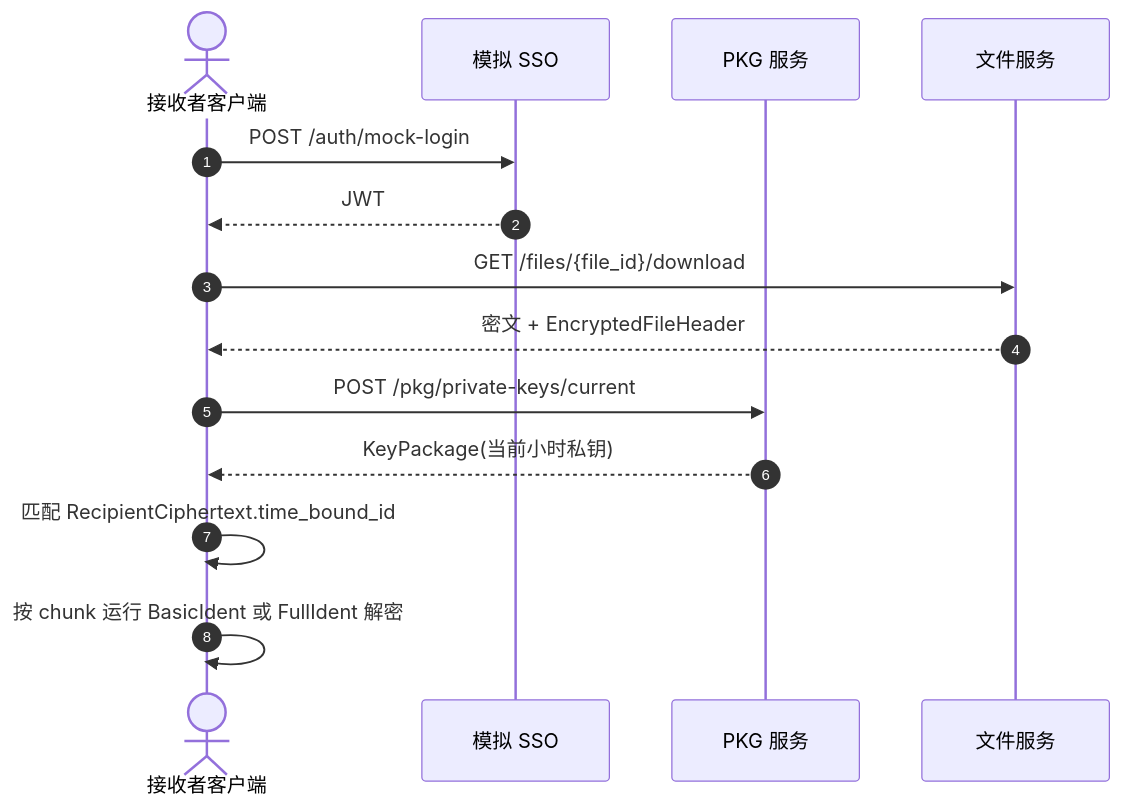
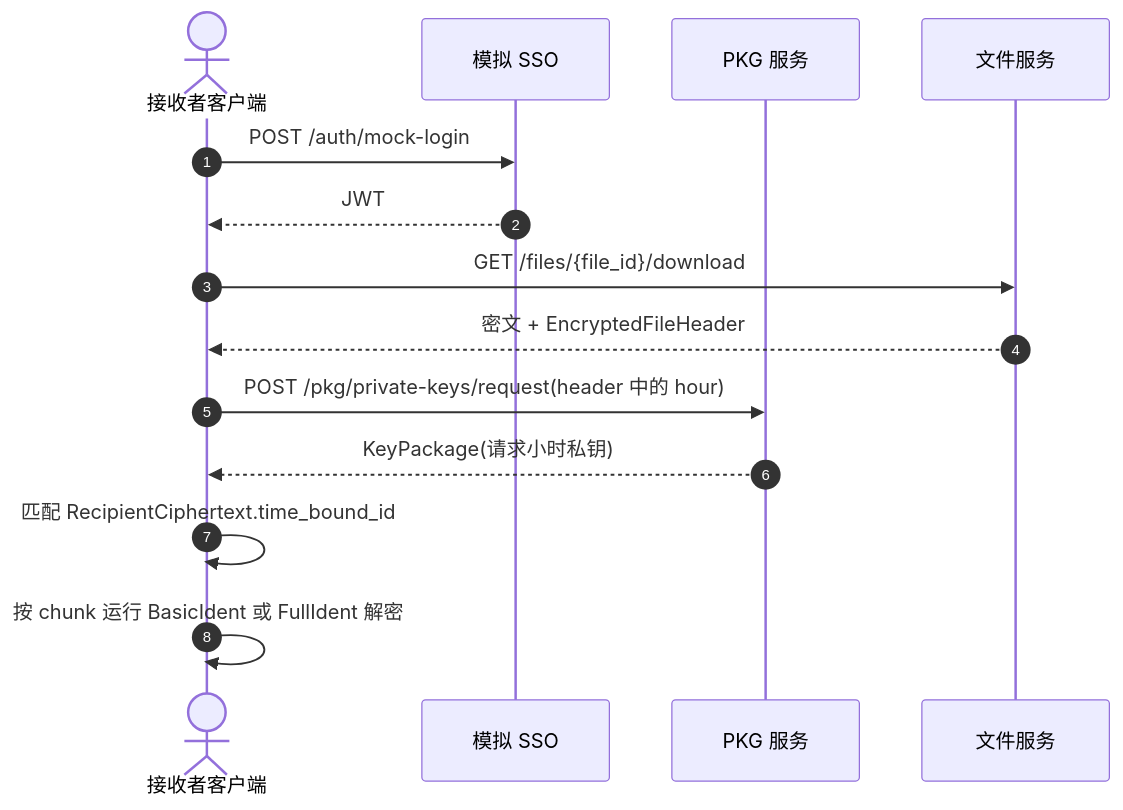
One commit to firfisa/BF-IBE changed the fourth of 7 diagrams in docs/diagrams.md. Above: the diagram before and after it, drawn with Mermaid. The commit also changed other lines of this file and 6 other files, not shown here.

````diff
--- a/docs/diagrams.md
+++ b/docs/diagrams.md
@@ -64,17 +64,17 @@
 ```mermaid
 sequenceDiagram
   autonumber
   actor Receiver as 接收者客户端
   participant SSO as 模拟 SSO
   participant PKG as PKG 服务
   participant FS as 文件服务
 
   Receiver->>SSO: POST /auth/mock-login
   SSO-->>Receiver: JWT
   Receiver->>FS: GET /files/{file_id}/download
   FS-->>Receiver: 密文 + EncryptedFileHeader
-  Receiver->>PKG: POST /pkg/private-keys/current
-  PKG-->>Receiver: KeyPackage(当前小时私钥)
+  Receiver->>PKG: POST /pkg/private-keys/request(header 中的 hour)
+  PKG-->>Receiver: KeyPackage(请求小时私钥)
   Receiver->>Receiver: 匹配 RecipientCiphertext.time_bound_id
   Receiver->>Receiver: 按 chunk 运行 BasicIdent 或 FullIdent 解密
 ```
````
